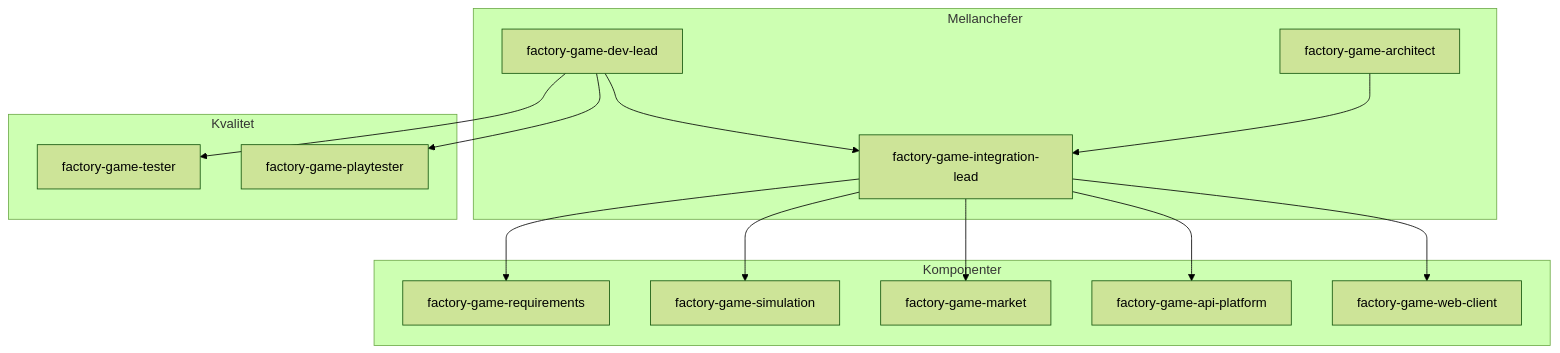
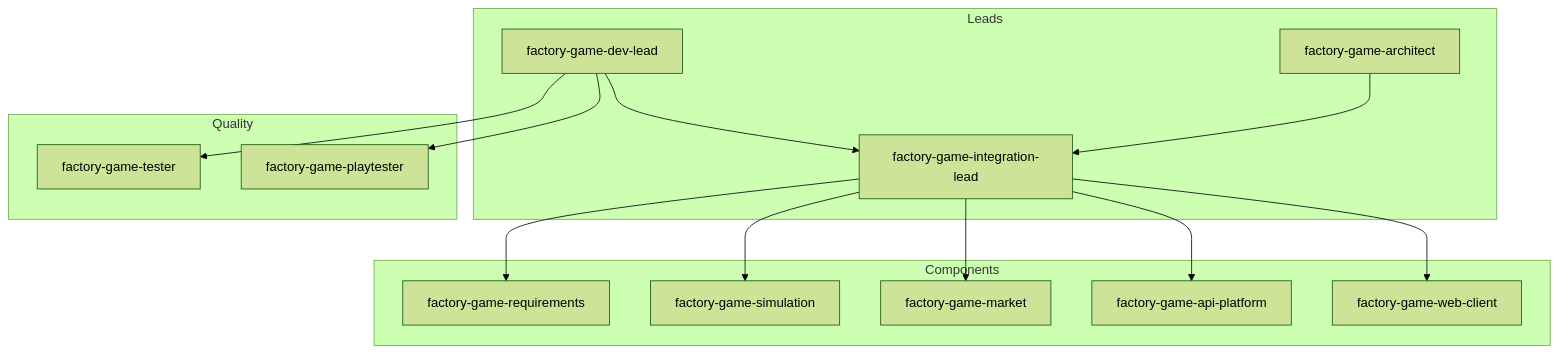
The diagram in AGENTS.md (jonjander/FactoryGame), drawn with Mermaid (forest theme) before and after one commit. The commit also changed other lines of this file and 97 other files, not shown here.

````diff
--- a/AGENTS.md
+++ b/AGENTS.md
@@ -7,28 +7,28 @@
 ```mermaid
 flowchart TB
-  subgraph leads [Mellanchefer]
+  subgraph leads [Leads]
     INT[factory-game-integration-lead]
     ARC[factory-game-architect]
     DEV[factory-game-dev-lead]
   end
-  subgraph components [Komponenter]
+  subgraph components [Components]
     REQ[factory-game-requirements]
     SIM[factory-game-simulation]
     MKT[factory-game-market]
     API[factory-game-api-platform]
     WEB[factory-game-web-client]
   end
-  subgraph quality [Kvalitet]
+  subgraph quality [Quality]
     TST[factory-game-tester]
     MCP[factory-game-playtester]
   end
   INT --> SIM
   INT --> MKT
   INT --> API
   INT --> WEB
   INT --> REQ
   ARC --> INT
   DEV --> INT
   DEV --> MCP
   DEV --> TST
 ```
````
